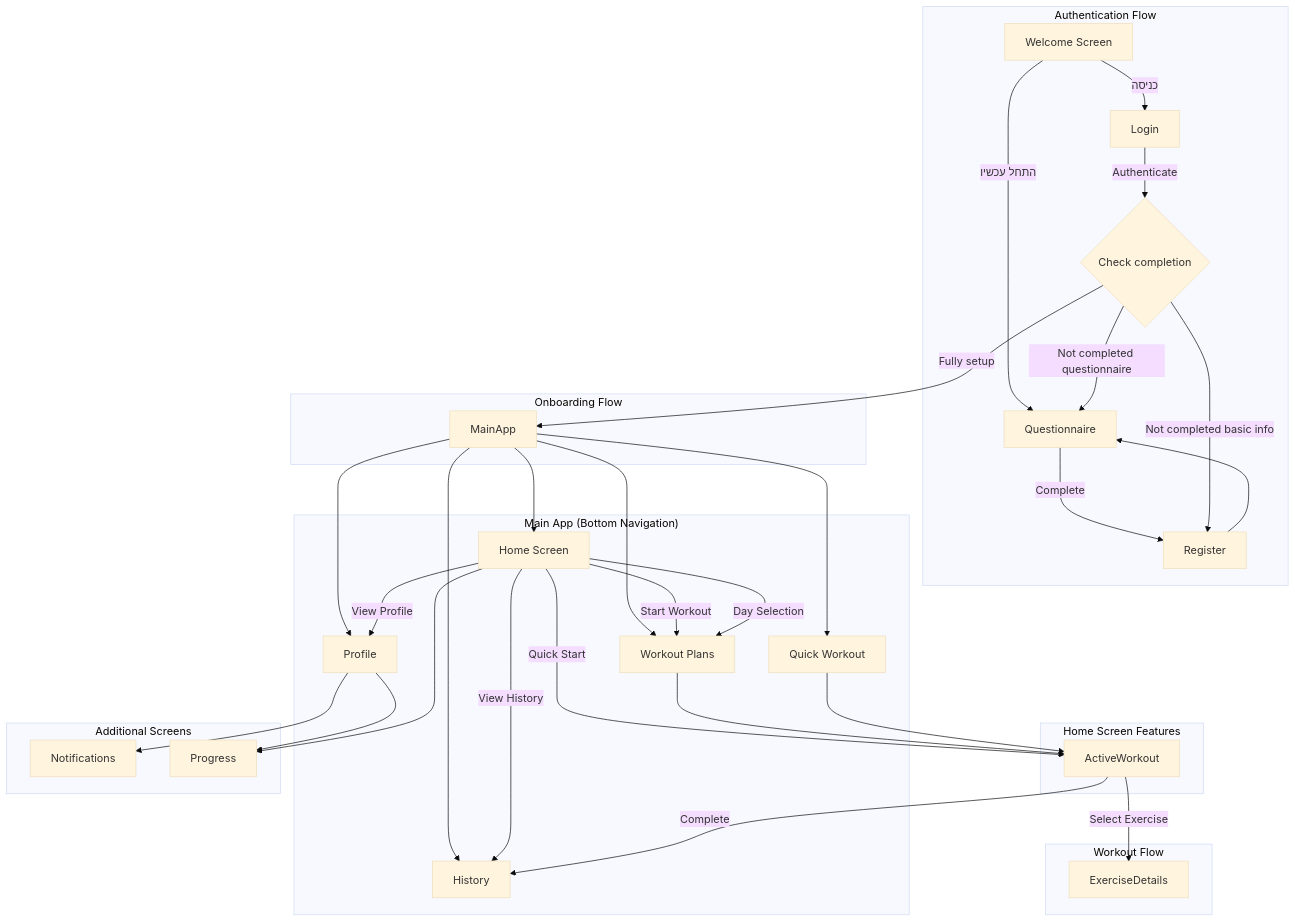
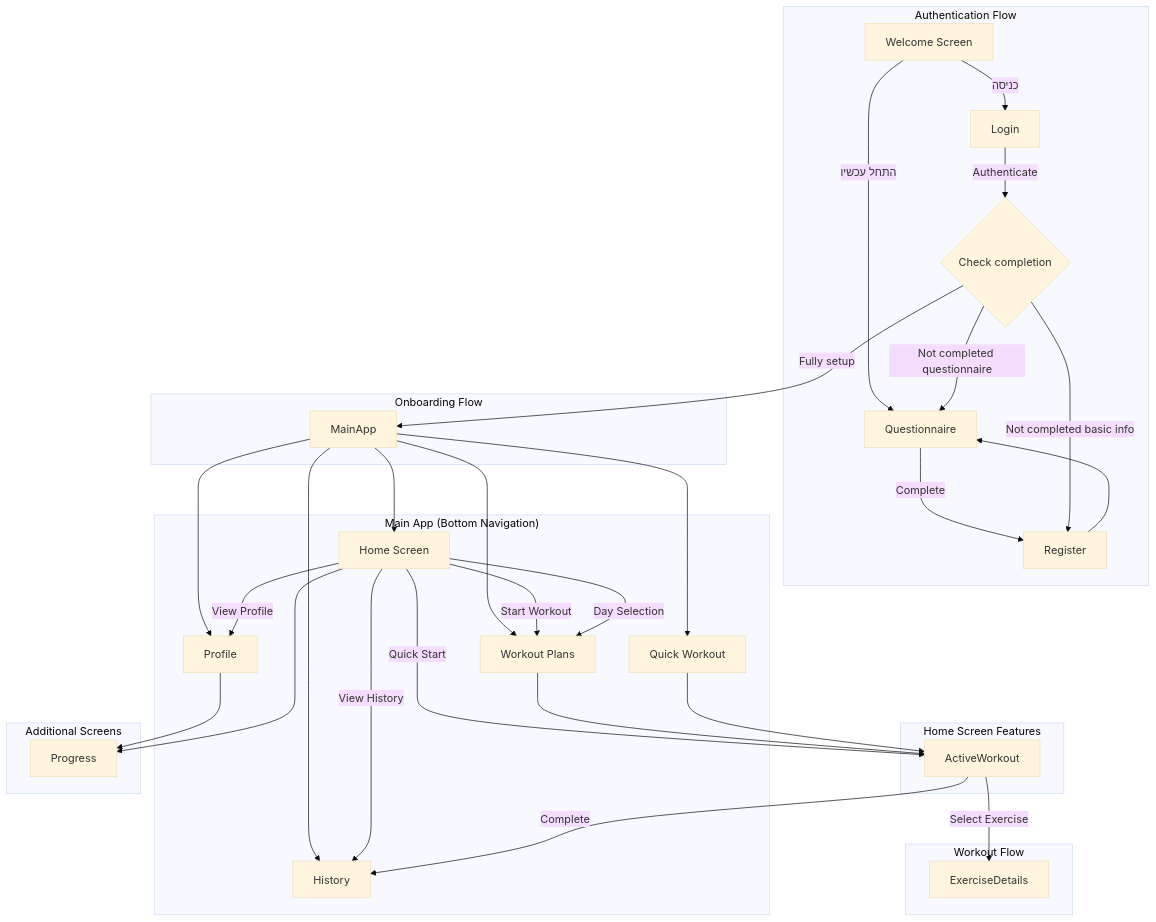
One commit to Yehuda-sh/GYMovoo-v1 changed the first of 3 diagrams in src/features/app-flow-diagrams.md. Above: the diagram before and after it, drawn with Mermaid (base theme). The commit also changed 185 other files, not shown here.

````diff
--- a/src/features/app-flow-diagrams.md
+++ b/src/features/app-flow-diagrams.md
@@ -3,45 +3,44 @@
 ```mermaid
 flowchart TD
     subgraph "Authentication Flow"
         Welcome[Welcome Screen] --> |"התחל עכשיו"| Questionnaire
         Welcome --> |"כניסה"| Login
         Login --> |Authenticate| CompletionCheck{Check completion}
         Register --> Questionnaire
     end
 
     subgraph "Onboarding Flow"
         Questionnaire --> |Complete| Register
         CompletionCheck --> |Not completed questionnaire| Questionnaire
         CompletionCheck --> |Not completed basic info| Register
         CompletionCheck --> |Fully setup| MainApp
     end
 
     subgraph "Main App (Bottom Navigation)"
         MainApp --> Main[Home Screen]
         MainApp --> WorkoutPlans[Workout Plans]
         MainApp --> History[History]
         MainApp --> Profile[Profile]
         MainApp --> QuickWorkout[Quick Workout]
     end
 
     subgraph "Home Screen Features"
         Main --> |Start Workout| WorkoutPlans
         Main --> |Day Selection| WorkoutPlans
         Main --> |View History| History
         Main --> |View Profile| Profile
         Main --> |Quick Start| ActiveWorkout
     end
 
     subgraph "Workout Flow"
         WorkoutPlans --> ActiveWorkout
         QuickWorkout --> ActiveWorkout
         ActiveWorkout --> |Complete| History
         ActiveWorkout --> |Select Exercise| ExerciseDetails
     end
 
     subgraph "Additional Screens"
-        Profile --> Notifications
         Profile --> Progress
         Main --> Progress
     end
 ```
````
